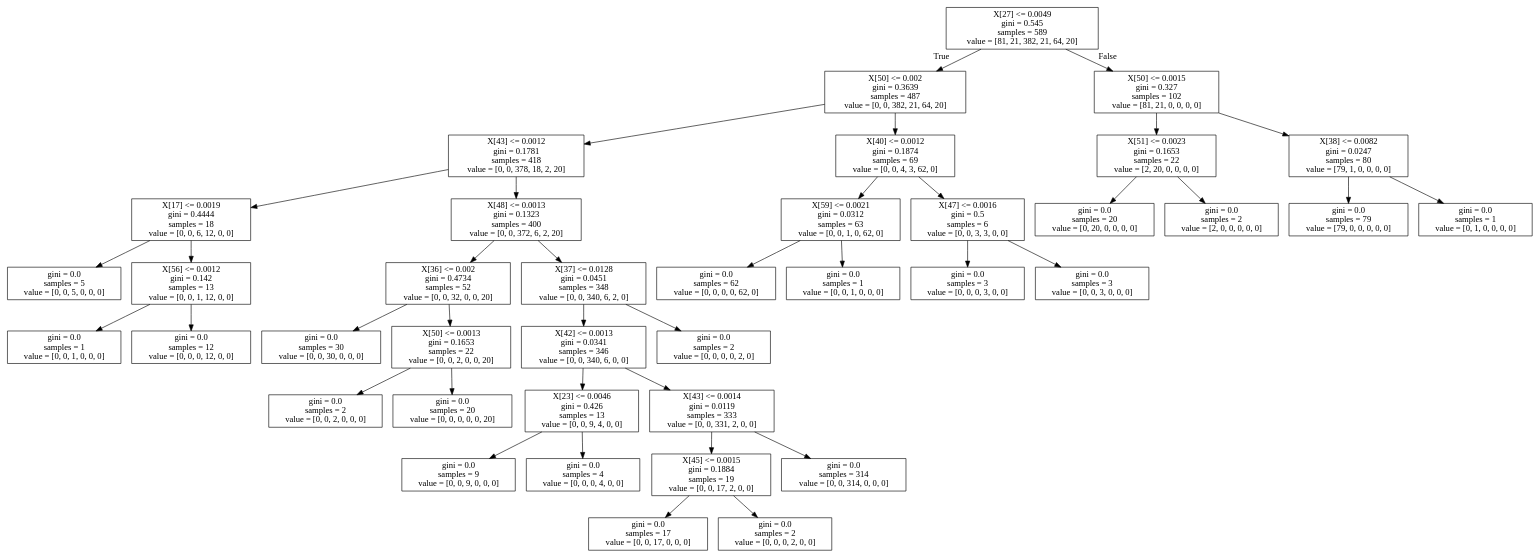
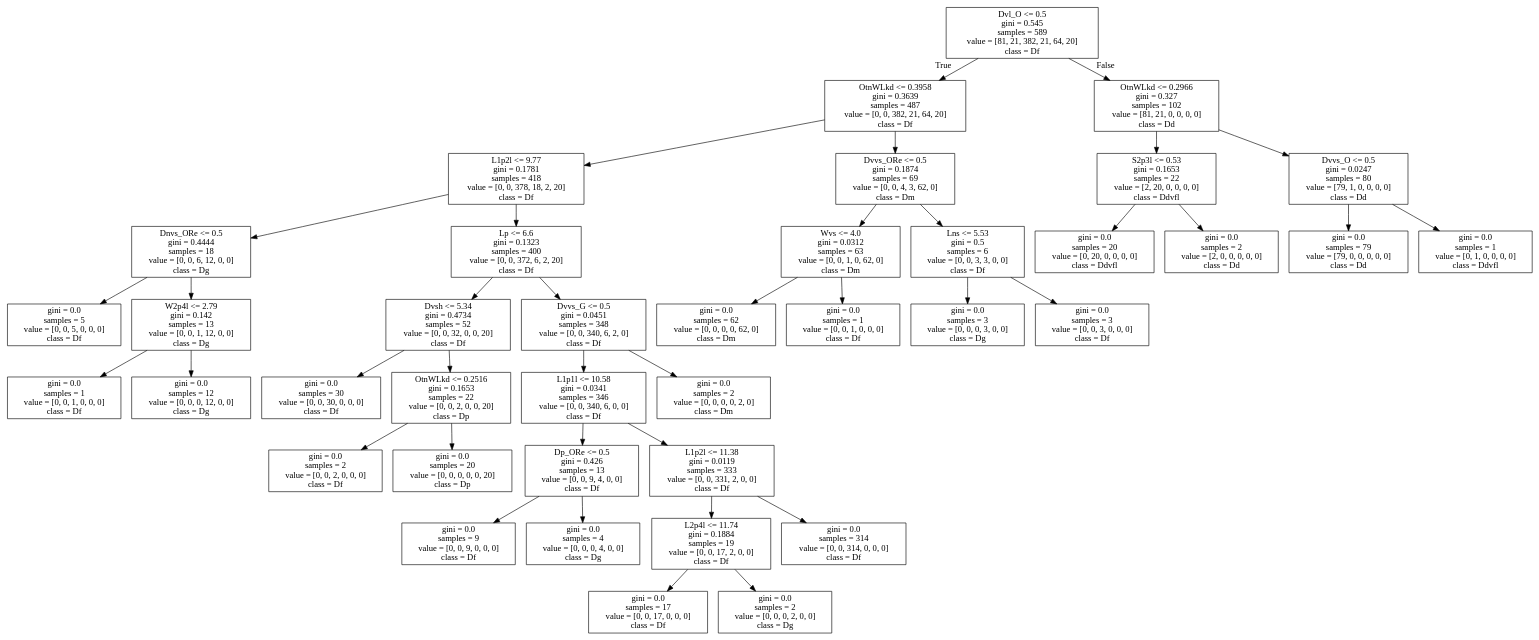
The diagram in me.dot (VBGI/df), drawn with Graphviz before and after one commit. The commit also changed 6 other files, not shown here.

```diff
--- a/me.dot
+++ b/me.dot
@@ -1,80 +1,80 @@
 digraph Tree {
 node [shape=box] ;
-0 [label="X[27] <= 0.0049\ngini = 0.545\nsamples = 589\nvalue = [81, 21, 382, 21, 64, 20]"] ;
-1 [label="X[50] <= 0.002\ngini = 0.3639\nsamples = 487\nvalue = [0, 0, 382, 21, 64, 20]"] ;
+0 [label="Dvl_O <= 0.5\ngini = 0.545\nsamples = 589\nvalue = [81, 21, 382, 21, 64, 20]\nclass = Df"] ;
+1 [label="OtnWLkd <= 0.3958\ngini = 0.3639\nsamples = 487\nvalue = [0, 0, 382, 21, 64, 20]\nclass = Df"] ;
 0 -> 1 [labeldistance=2.5, labelangle=45, headlabel="True"] ;
-2 [label="X[43] <= 0.0012\ngini = 0.1781\nsamples = 418\nvalue = [0, 0, 378, 18, 2, 20]"] ;
+2 [label="L1p2l <= 9.77\ngini = 0.1781\nsamples = 418\nvalue = [0, 0, 378, 18, 2, 20]\nclass = Df"] ;
 1 -> 2 ;
-3 [label="X[17] <= 0.0019\ngini = 0.4444\nsamples = 18\nvalue = [0, 0, 6, 12, 0, 0]"] ;
+3 [label="Dnvs_ORe <= 0.5\ngini = 0.4444\nsamples = 18\nvalue = [0, 0, 6, 12, 0, 0]\nclass = Dg"] ;
 2 -> 3 ;
-4 [label="gini = 0.0\nsamples = 5\nvalue = [0, 0, 5, 0, 0, 0]"] ;
+4 [label="gini = 0.0\nsamples = 5\nvalue = [0, 0, 5, 0, 0, 0]\nclass = Df"] ;
 3 -> 4 ;
-5 [label="X[56] <= 0.0012\ngini = 0.142\nsamples = 13\nvalue = [0, 0, 1, 12, 0, 0]"] ;
+5 [label="W2p4l <= 2.79\ngini = 0.142\nsamples = 13\nvalue = [0, 0, 1, 12, 0, 0]\nclass = Dg"] ;
 3 -> 5 ;
-6 [label="gini = 0.0\nsamples = 1\nvalue = [0, 0, 1, 0, 0, 0]"] ;
+6 [label="gini = 0.0\nsamples = 1\nvalue = [0, 0, 1, 0, 0, 0]\nclass = Df"] ;
 5 -> 6 ;
-7 [label="gini = 0.0\nsamples = 12\nvalue = [0, 0, 0, 12, 0, 0]"] ;
+7 [label="gini = 0.0\nsamples = 12\nvalue = [0, 0, 0, 12, 0, 0]\nclass = Dg"] ;
 5 -> 7 ;
-8 [label="X[48] <= 0.0013\ngini = 0.1323\nsamples = 400\nvalue = [0, 0, 372, 6, 2, 20]"] ;
+8 [label="Lp <= 6.6\ngini = 0.1323\nsamples = 400\nvalue = [0, 0, 372, 6, 2, 20]\nclass = Df"] ;
 2 -> 8 ;
-9 [label="X[36] <= 0.002\ngini = 0.4734\nsamples = 52\nvalue = [0, 0, 32, 0, 0, 20]"] ;
+9 [label="Dvsh <= 5.34\ngini = 0.4734\nsamples = 52\nvalue = [0, 0, 32, 0, 0, 20]\nclass = Df"] ;
 8 -> 9 ;
-10 [label="gini = 0.0\nsamples = 30\nvalue = [0, 0, 30, 0, 0, 0]"] ;
+10 [label="gini = 0.0\nsamples = 30\nvalue = [0, 0, 30, 0, 0, 0]\nclass = Df"] ;
 9 -> 10 ;
-11 [label="X[50] <= 0.0013\ngini = 0.1653\nsamples = 22\nvalue = [0, 0, 2, 0, 0, 20]"] ;
+11 [label="OtnWLkd <= 0.2516\ngini = 0.1653\nsamples = 22\nvalue = [0, 0, 2, 0, 0, 20]\nclass = Dp"] ;
 9 -> 11 ;
-12 [label="gini = 0.0\nsamples = 2\nvalue = [0, 0, 2, 0, 0, 0]"] ;
+12 [label="gini = 0.0\nsamples = 2\nvalue = [0, 0, 2, 0, 0, 0]\nclass = Df"] ;
 11 -> 12 ;
-13 [label="gini = 0.0\nsamples = 20\nvalue = [0, 0, 0, 0, 0, 20]"] ;
+13 [label="gini = 0.0\nsamples = 20\nvalue = [0, 0, 0, 0, 0, 20]\nclass = Dp"] ;
 11 -> 13 ;
-14 [label="X[37] <= 0.0128\ngini = 0.0451\nsamples = 348\nvalue = [0, 0, 340, 6, 2, 0]"] ;
+14 [label="Dvvs_G <= 0.5\ngini = 0.0451\nsamples = 348\nvalue = [0, 0, 340, 6, 2, 0]\nclass = Df"] ;
 8 -> 14 ;
-15 [label="X[42] <= 0.0013\ngini = 0.0341\nsamples = 346\nvalue = [0, 0, 340, 6, 0, 0]"] ;
+15 [label="L1p1l <= 10.58\ngini = 0.0341\nsamples = 346\nvalue = [0, 0, 340, 6, 0, 0]\nclass = Df"] ;
 14 -> 15 ;
-16 [label="X[23] <= 0.0046\ngini = 0.426\nsamples = 13\nvalue = [0, 0, 9, 4, 0, 0]"] ;
+16 [label="Dp_ORe <= 0.5\ngini = 0.426\nsamples = 13\nvalue = [0, 0, 9, 4, 0, 0]\nclass = Df"] ;
 15 -> 16 ;
-17 [label="gini = 0.0\nsamples = 9\nvalue = [0, 0, 9, 0, 0, 0]"] ;
+17 [label="gini = 0.0\nsamples = 9\nvalue = [0, 0, 9, 0, 0, 0]\nclass = Df"] ;
 16 -> 17 ;
-18 [label="gini = 0.0\nsamples = 4\nvalue = [0, 0, 0, 4, 0, 0]"] ;
+18 [label="gini = 0.0\nsamples = 4\nvalue = [0, 0, 0, 4, 0, 0]\nclass = Dg"] ;
 16 -> 18 ;
-19 [label="X[43] <= 0.0014\ngini = 0.0119\nsamples = 333\nvalue = [0, 0, 331, 2, 0, 0]"] ;
+19 [label="L1p2l <= 11.38\ngini = 0.0119\nsamples = 333\nvalue = [0, 0, 331, 2, 0, 0]\nclass = Df"] ;
 15 -> 19 ;
-20 [label="X[45] <= 0.0015\ngini = 0.1884\nsamples = 19\nvalue = [0, 0, 17, 2, 0, 0]"] ;
+20 [label="L2p4l <= 11.74\ngini = 0.1884\nsamples = 19\nvalue = [0, 0, 17, 2, 0, 0]\nclass = Df"] ;
 19 -> 20 ;
-21 [label="gini = 0.0\nsamples = 17\nvalue = [0, 0, 17, 0, 0, 0]"] ;
+21 [label="gini = 0.0\nsamples = 17\nvalue = [0, 0, 17, 0, 0, 0]\nclass = Df"] ;
 20 -> 21 ;
-22 [label="gini = 0.0\nsamples = 2\nvalue = [0, 0, 0, 2, 0, 0]"] ;
+22 [label="gini = 0.0\nsamples = 2\nvalue = [0, 0, 0, 2, 0, 0]\nclass = Dg"] ;
 20 -> 22 ;
-23 [label="gini = 0.0\nsamples = 314\nvalue = [0, 0, 314, 0, 0, 0]"] ;
+23 [label="gini = 0.0\nsamples = 314\nvalue = [0, 0, 314, 0, 0, 0]\nclass = Df"] ;
 19 -> 23 ;
-24 [label="gini = 0.0\nsamples = 2\nvalue = [0, 0, 0, 0, 2, 0]"] ;
+24 [label="gini = 0.0\nsamples = 2\nvalue = [0, 0, 0, 0, 2, 0]\nclass = Dm"] ;
 14 -> 24 ;
-25 [label="X[40] <= 0.0012\ngini = 0.1874\nsamples = 69\nvalue = [0, 0, 4, 3, 62, 0]"] ;
+25 [label="Dvvs_ORe <= 0.5\ngini = 0.1874\nsamples = 69\nvalue = [0, 0, 4, 3, 62, 0]\nclass = Dm"] ;
 1 -> 25 ;
-26 [label="X[59] <= 0.0021\ngini = 0.0312\nsamples = 63\nvalue = [0, 0, 1, 0, 62, 0]"] ;
+26 [label="Wvs <= 4.0\ngini = 0.0312\nsamples = 63\nvalue = [0, 0, 1, 0, 62, 0]\nclass = Dm"] ;
 25 -> 26 ;
-27 [label="gini = 0.0\nsamples = 62\nvalue = [0, 0, 0, 0, 62, 0]"] ;
+27 [label="gini = 0.0\nsamples = 62\nvalue = [0, 0, 0, 0, 62, 0]\nclass = Dm"] ;
 26 -> 27 ;
-28 [label="gini = 0.0\nsamples = 1\nvalue = [0, 0, 1, 0, 0, 0]"] ;
+28 [label="gini = 0.0\nsamples = 1\nvalue = [0, 0, 1, 0, 0, 0]\nclass = Df"] ;
 26 -> 28 ;
-29 [label="X[47] <= 0.0016\ngini = 0.5\nsamples = 6\nvalue = [0, 0, 3, 3, 0, 0]"] ;
+29 [label="Lns <= 5.53\ngini = 0.5\nsamples = 6\nvalue = [0, 0, 3, 3, 0, 0]\nclass = Df"] ;
 25 -> 29 ;
-30 [label="gini = 0.0\nsamples = 3\nvalue = [0, 0, 0, 3, 0, 0]"] ;
+30 [label="gini = 0.0\nsamples = 3\nvalue = [0, 0, 0, 3, 0, 0]\nclass = Dg"] ;
 29 -> 30 ;
-31 [label="gini = 0.0\nsamples = 3\nvalue = [0, 0, 3, 0, 0, 0]"] ;
+31 [label="gini = 0.0\nsamples = 3\nvalue = [0, 0, 3, 0, 0, 0]\nclass = Df"] ;
 29 -> 31 ;
-32 [label="X[50] <= 0.0015\ngini = 0.327\nsamples = 102\nvalue = [81, 21, 0, 0, 0, 0]"] ;
+32 [label="OtnWLkd <= 0.2966\ngini = 0.327\nsamples = 102\nvalue = [81, 21, 0, 0, 0, 0]\nclass = Dd"] ;
 0 -> 32 [labeldistance=2.5, labelangle=-45, headlabel="False"] ;
-33 [label="X[51] <= 0.0023\ngini = 0.1653\nsamples = 22\nvalue = [2, 20, 0, 0, 0, 0]"] ;
+33 [label="S2p3l <= 0.53\ngini = 0.1653\nsamples = 22\nvalue = [2, 20, 0, 0, 0, 0]\nclass = Ddvfl"] ;
 32 -> 33 ;
-34 [label="gini = 0.0\nsamples = 20\nvalue = [0, 20, 0, 0, 0, 0]"] ;
+34 [label="gini = 0.0\nsamples = 20\nvalue = [0, 20, 0, 0, 0, 0]\nclass = Ddvfl"] ;
 33 -> 34 ;
-35 [label="gini = 0.0\nsamples = 2\nvalue = [2, 0, 0, 0, 0, 0]"] ;
+35 [label="gini = 0.0\nsamples = 2\nvalue = [2, 0, 0, 0, 0, 0]\nclass = Dd"] ;
 33 -> 35 ;
-36 [label="X[38] <= 0.0082\ngini = 0.0247\nsamples = 80\nvalue = [79, 1, 0, 0, 0, 0]"] ;
+36 [label="Dvvs_O <= 0.5\ngini = 0.0247\nsamples = 80\nvalue = [79, 1, 0, 0, 0, 0]\nclass = Dd"] ;
 32 -> 36 ;
-37 [label="gini = 0.0\nsamples = 79\nvalue = [79, 0, 0, 0, 0, 0]"] ;
+37 [label="gini = 0.0\nsamples = 79\nvalue = [79, 0, 0, 0, 0, 0]\nclass = Dd"] ;
 36 -> 37 ;
-38 [label="gini = 0.0\nsamples = 1\nvalue = [0, 1, 0, 0, 0, 0]"] ;
+38 [label="gini = 0.0\nsamples = 1\nvalue = [0, 1, 0, 0, 0, 0]\nclass = Ddvfl"] ;
 36 -> 38 ;
 }
```
